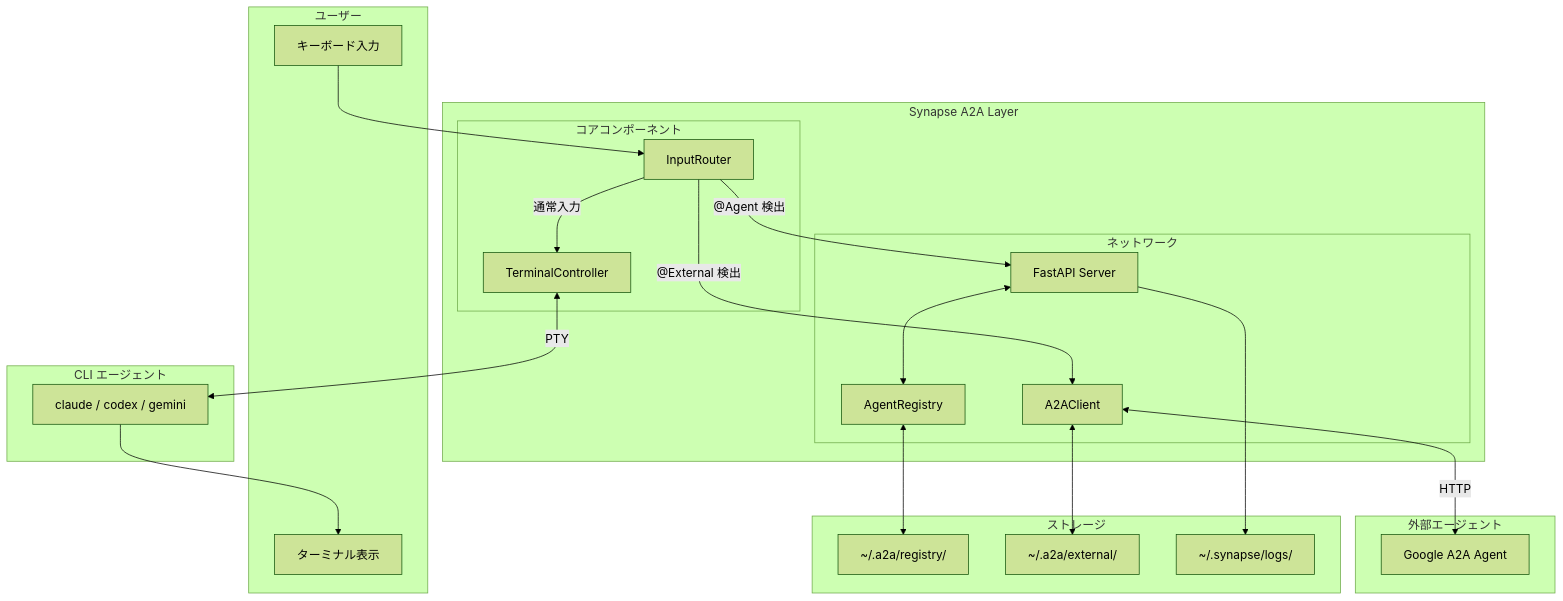
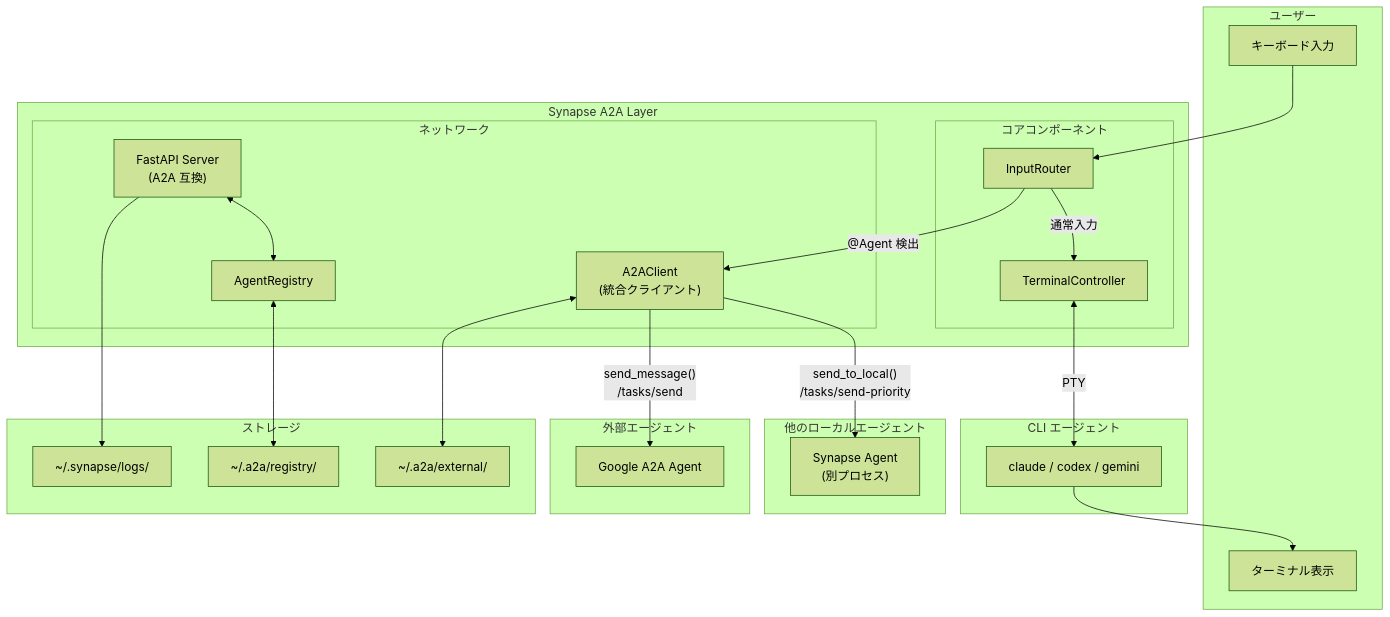
One commit to s-hiraoku/synapse-a2a changed the first of 18 diagrams in guides/architecture.md. Above: the diagram before and after it, drawn with Mermaid (forest theme). The commit also changed other lines of this file and 4 other files, not shown here.

````diff
--- a/guides/architecture.md
+++ b/guides/architecture.md
@@ -10,46 +10,50 @@
 ```mermaid
 flowchart TB
     subgraph User["ユーザー"]
         Keyboard["キーボード入力"]
         Display["ターミナル表示"]
     end
 
     subgraph Synapse["Synapse A2A Layer"]
         subgraph Core["コアコンポーネント"]
             IR["InputRouter"]
             TC["TerminalController"]
         end
 
         subgraph Network["ネットワーク"]
-            Server["FastAPI Server"]
+            Server["FastAPI Server<br/>(A2A 互換)"]
             Registry["AgentRegistry"]
-            A2AClient["A2AClient"]
+            A2AClient["A2AClient<br/>(統合クライアント)"]
         end
     end
 
     subgraph CLI["CLI エージェント"]
         Agent["claude / codex / gemini"]
     end
 
     subgraph External["外部エージェント"]
         ExtAgent["Google A2A Agent"]
     end
 
+    subgraph OtherLocal["他のローカルエージェント"]
+        LocalAgent["Synapse Agent<br/>(別プロセス)"]
+    end
+
     subgraph Storage["ストレージ"]
         RegistryDir["~/.a2a/registry/"]
         ExternalDir["~/.a2a/external/"]
         LogDir["~/.synapse/logs/"]
     end
 
     Keyboard --> IR
     IR -->|"通常入力"| TC
-    IR -->|"@Agent 検出"| Server
-    IR -->|"@External 検出"| A2AClient
+    IR -->|"@Agent 検出"| A2AClient
+    A2AClient -->|"send_to_local()<br/>/tasks/send-priority"| LocalAgent
+    A2AClient -->|"send_message()<br/>/tasks/send"| ExtAgent
     TC <-->|"PTY"| Agent
     Agent --> Display
     Server <--> Registry
-    A2AClient <-->|"HTTP"| ExtAgent
     Registry <--> RegistryDir
     A2AClient <--> ExternalDir
     Server --> LogDir
 ```
````
